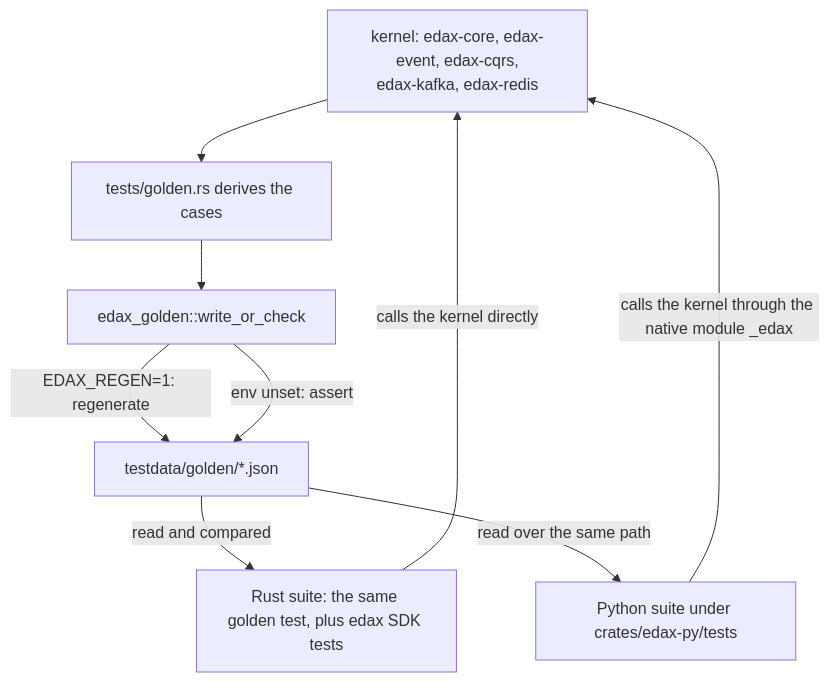
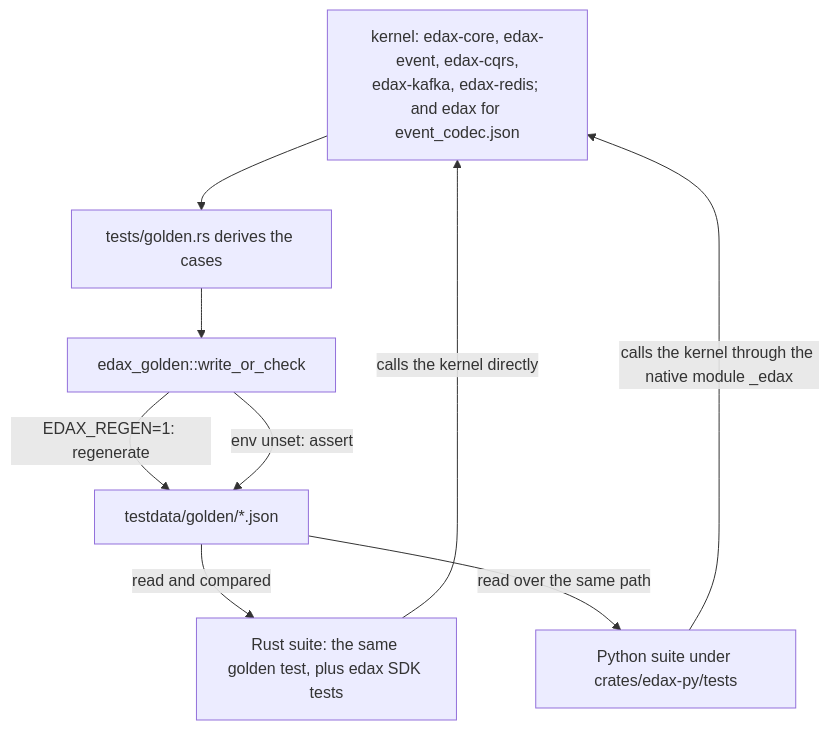
Before and after one commit to haskian/edax: the first of 2 diagrams in docs/kernels/golden-vectors.md, drawn with Mermaid. The commit also changed other lines of this file and 117 other files, not shown here.

````diff
--- a/docs/kernels/golden-vectors.md
+++ b/docs/kernels/golden-vectors.md
@@ -18,11 +18,11 @@
 ```mermaid
 flowchart TB
-  K["kernel: edax-core, edax-event, edax-cqrs,<br/>edax-kafka, edax-redis"] --> G["tests/golden.rs derives the cases"]
+  K["kernel: edax-core, edax-event, edax-cqrs,<br/>edax-kafka, edax-redis; and edax for event_codec.json"] --> G["tests/golden.rs derives the cases"]
   G --> W["edax_golden::write_or_check"]
   W -->|"EDAX_REGEN=1: regenerate"| F["testdata/golden/*.json"]
   W -->|"env unset: assert"| F
   F -->|"read and compared"| RS["Rust suite: the same golden test, plus edax SDK tests"]
   F -->|"read over the same path"| PS["Python suite under crates/edax-py/tests"]
   PS -->|"calls the kernel through the native module _edax"| K
   RS -->|"calls the kernel directly"| K
 ```
````
